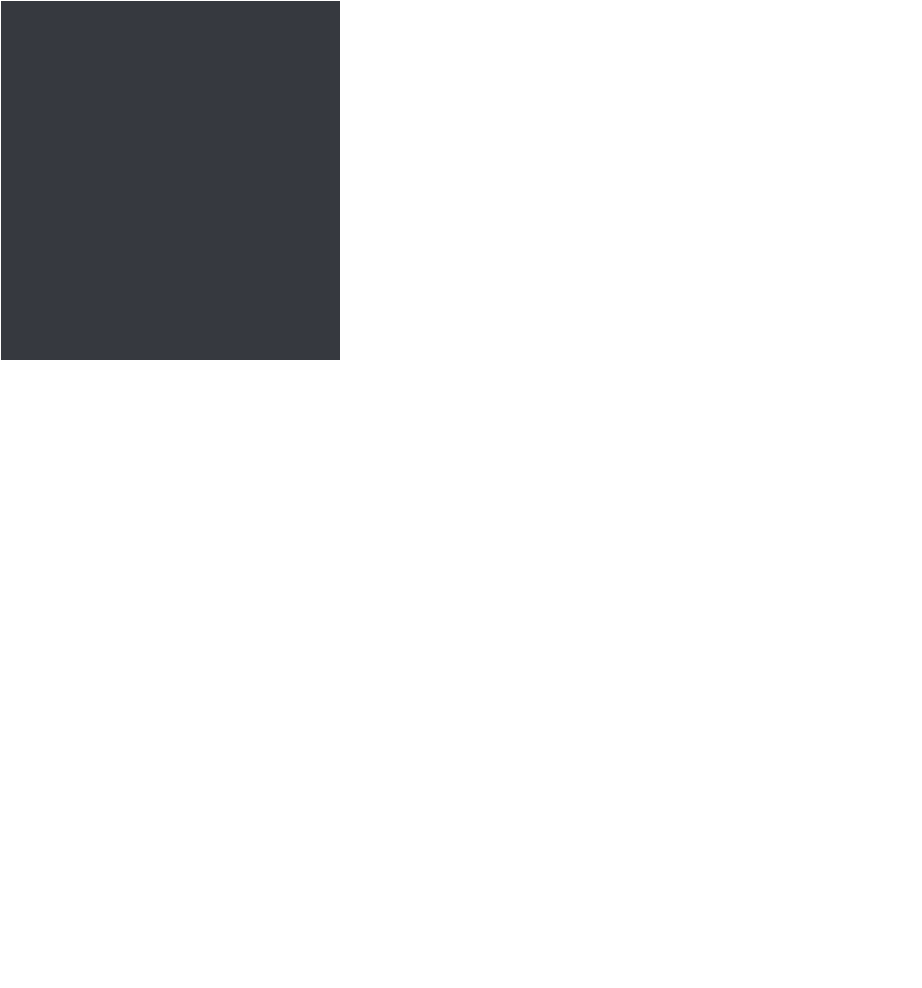
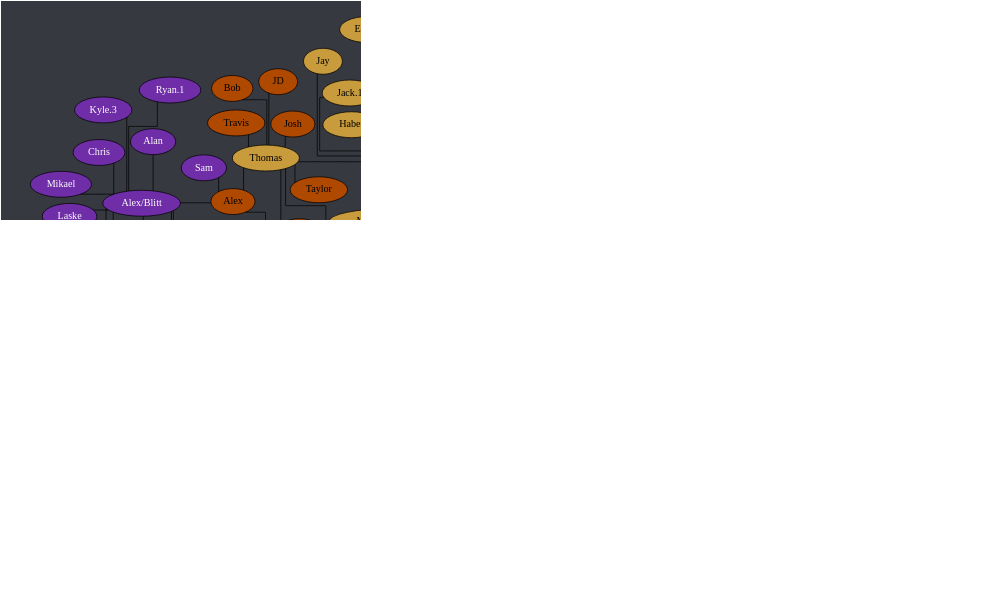
The diagram in tree.dot (Documidas/CoronaCatzFamilyTree), drawn with Graphviz before and after one commit. The commit also changed 1 other file, not shown here.

Commit message:
Add Mikael and update other members

```diff
--- a/tree.dot
+++ b/tree.dot
@@ -1,173 +1,174 @@
 strict graph {
 	// Layout Configuration
 	layout = neato;
 	dpi = 200;
 	epsilon = 0.01;
 	mode = major;
 	model = subset;
 	overlap = false;
 	splines = ortho;
 	start = rand;
 
 	// Visual Configuration
 	graph [ truecolor=true bgcolor="#36393f" ];
 	node [ style=filled fillcolor="gray" fontcolor="black" ];
 
 	subgraph "Joel" {
 		node [ style=filled fillcolor="firebrick4" fontcolor="white" ];
 		Joel [ style=filled fillcolor="gold" fontcolor="black" ];
 
-		Cayla -- "Ali.2";
+		Cayla -- Ali;
 		Cayla -- Jonathan;
 		Cayla -- Kate;
 		Cayla -- Ranger;
 		Joel -- Anders;
 		Joel -- Cayla;
 		Joel -- Conner;
 		Joel -- Jared;
 		Joel -- Kat;
 		Joel -- Patrick;
 		Joel -- Steven;
 	}
 
 	subgraph "Anders" {
 		node [ style=filled fillcolor="green4" fontcolor="white" ];
 		// Anders [ style=filled fillcolor="green4" fontcolor="white" ];
 
 		Anders -- Chiara;
 		Anders -- Cody;
 		Anders -- Daniel;
-		Anders -- "Derek/Yaupon";
+		Anders -- Derek;
 		Anders -- DJ;
 		Anders -- Hahnur;
 		Anders -- Jen;
 		Anders -- "Matt.2";
 		Anders -- Solis;
 		Anders -- Will;
 		Anders -- Wyatt;
 		Anders -- Zach;
 	}
 
 	subgraph "Jared" {
 		node [ style=filled fillcolor="royalblue" fontcolor="black" ];
 		// Jared [ style=filled fillcolor="royalblue" fontcolor="black" ];
 
 		Andrew -- Hannah;
 		Cole -- "Shadia/SJ";
 		Donnie -- Bianca;
 		Donnie -- Bryan;
 		Donnie -- Troy;
 		Greg -- Andrew;
 		Greg -- Carter;
 		Greg -- "John Boi";
 		Greg -- Tails;
 		Greg -- Tanyon;
 		Hannah -- Raana;
 		Jared -- Brandi;
 		Jared -- Dave;
 		Jared -- Donnie;
 		Jared -- Fabi;
 		Jared -- "Jack.2";
 		Jared -- Cole;
 		Jared -- Kamon;
 		Jared -- Greg;
 		Jared -- Isabelle;
 		Jared -- Mason;
 		Jared -- "Matt.1";
 		Jared -- Mehmet;
 		Jared -- Nam;
 		Jared -- Pixie;
 		Jared -- Shannon;
 		Jared -- Spencer;
 		Jared -- Tyler;
 		Jared -- "Zach/Laniakea";
 		Jared -- Zoe;
 		"John Boi" -- Hardie;
 		"Shadia/SJ" -- Kalel;
 		"Shadia/SJ" -- Tommy;
 		Troy -- Drake;
 		Tyler -- Gaby;
 		Zoe -- Brandon;
 	}
 
 	subgraph "Zach/Laniakea" {
 		node [ style=filled fillcolor="#4eff2c" fontcolor="black" ];
 		// "Zach/Laniakea" [ style=filled fillcolor="#4eff2c" fontcolor="black" ];
 
 		"Caio.2" -- "Kyle.1";
 		"Caio.2" -- Lucas;
 		Kuri -- Jon;
 		Kuri -- Karma;
 		"Ryan/Wenger" -- Gracie;
 		"Zach/Laniakea" -- Allen;
 		"Zach/Laniakea" -- "Caio.2";
 		"Zach/Laniakea" -- Colin;
 		"Zach/Laniakea" -- John;
 		"Zach/Laniakea" -- Logan;
 		"Zach/Laniakea" -- Kevin;
 		"Zach/Laniakea" -- Kuri;
 		"Zach/Laniakea" -- "Kyle.0";
 		"Zach/Laniakea" -- Mike;
 		"Zach/Laniakea" -- "Ryan/Wenger";
 		"Zach/Laniakea" -- "Ukko";
 	}
 
 	subgraph "John" {
 		node [ style=filled fillcolor="#c89b3c" fontcolor="black" ];
 		// John [ style=filled fillcolor="#c89b3c" fontcolor="black" ];
 
 		John -- Anna;
 		John -- Emily;
 		John -- Haber;
 		John -- Jay;
 		John -- "Jack.1";
 		John -- Lara;
 		John -- Monarch;
 		John -- Thomas;
 	}
 
 	subgraph "John-stream" {
 		// node [ style=filled fillcolor="#9147ff" fontcolor="black" ];
 		node [ style=filled fillcolor="#c89b3c" fontcolor="black" ];
 
 		John -- "Michael/Wheezy";
 	}
 
 	subgraph "Thomas" {
 		node [ style=filled fillcolor="#b04900" fontcolor="black" ];
 		// Thomas [ style=filled fillcolor="#b04900" fontcolor="black" ];
 
 		Thomas -- Alex;
 		Thomas -- Bob;
 		Thomas -- JD;
 		Thomas -- Josh;
 		Thomas -- Juan;
 		Thomas -- Taylor;
 		Thomas -- Tony;
 		Thomas -- Travis;
 	}
 
 	subgraph "Alex" {
 		node [ style=filled fillcolor="#6f2da8" fontcolor="white" ];
 		// Alex [ style=filled fillcolor="#6f2da8" fontcolor="black" ];
 
 		Alex -- "Alex/Blitt";
 		Alex -- "Da'Von";
 		Alex -- Sam;
 		"Alex/Blitt" -- Alan;
 		"Alex/Blitt" -- "Alex the 3rd";
 		"Alex/Blitt" -- Brian;
 		"Alex/Blitt" -- Carlos;
 		"Alex/Blitt" -- Chris;
 		"Alex/Blitt" -- Gabriel;
 		"Alex/Blitt" -- "Kyle.3";
 		"Alex/Blitt" -- Laske;
+		"Alex/Blitt" -- Mikael;
 		"Alex/Blitt" -- "Ryan.1";
 		"Alex/Blitt" -- "Sam.2";
 		"Da'Von" -- Dalton;
 		"Da'Von" -- Zeller;
 		Dalton -- Graysen;
 		Gabriel -- "Ryan.2";
 		Zeller -- Sierra;
 	}
 }
```
